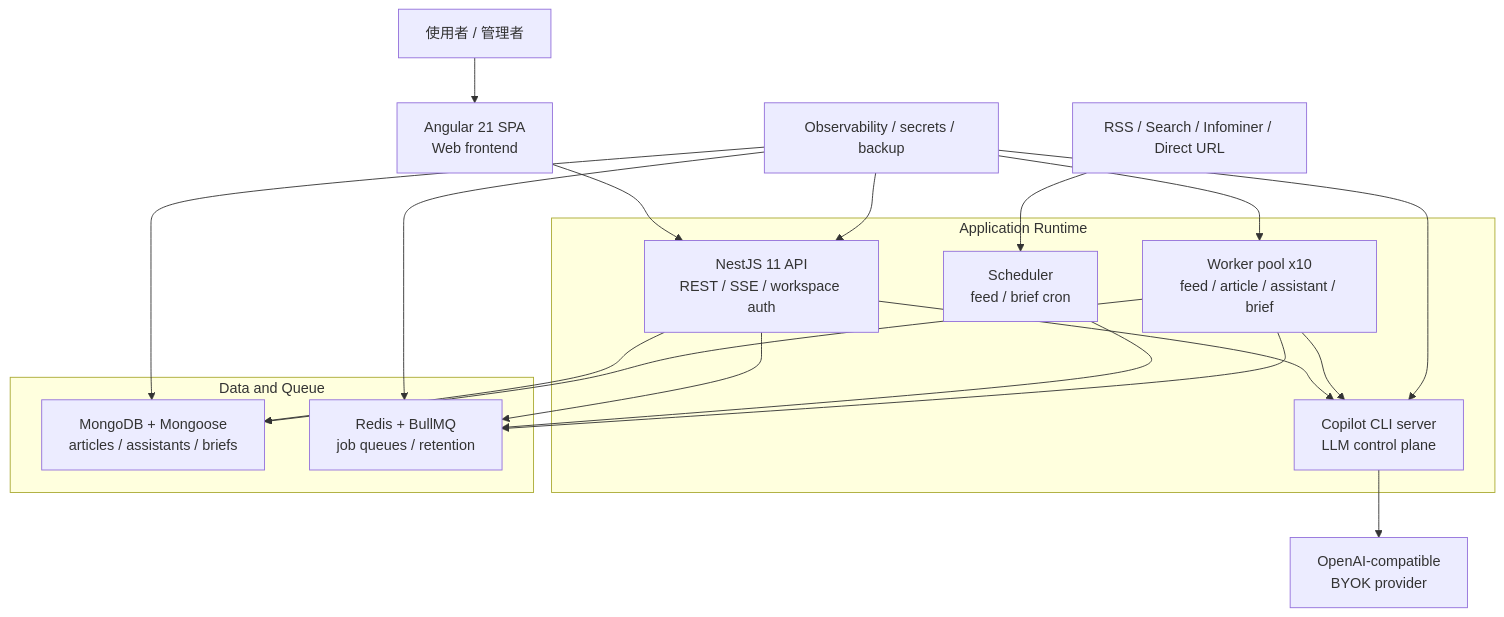
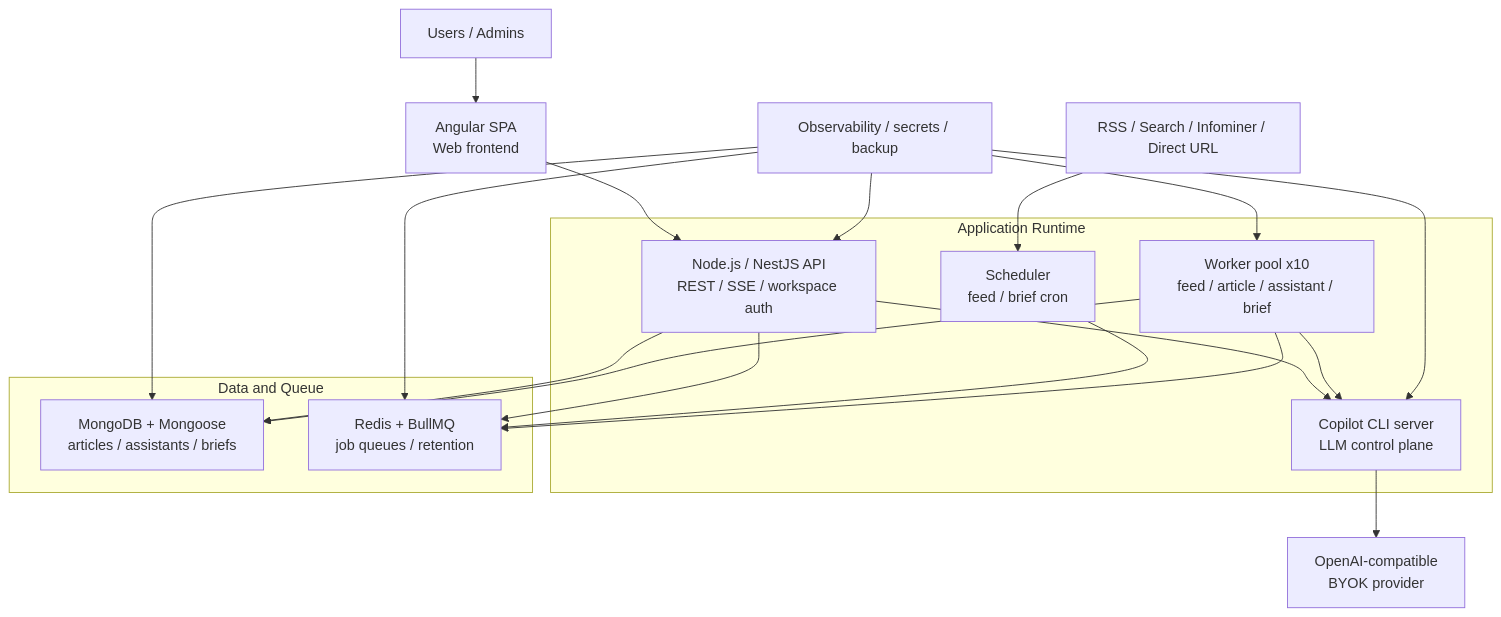
One commit to chunkai1312/temp changed the second of 17 diagrams in production-resource-architecture-proposal.md. Above: the diagram before and after it, drawn with Mermaid. The commit also changed other lines of this file, not shown here.

````diff
--- a/production-resource-architecture-proposal.md
+++ b/production-resource-architecture-proposal.md
@@ -78,32 +78,32 @@
 ```mermaid
 flowchart TB
-  USERS["使用者 / 管理者"] --> WEB["Angular 21 SPA\nWeb frontend"]
-  WEB --> API["NestJS 11 API\nREST / SSE / workspace auth"]
+  USERS["Users / Admins"] --> WEB["Angular SPA\nWeb frontend"]
+  WEB --> API["Node.js / NestJS API\nREST / SSE / workspace auth"]
 
   subgraph APP["Application Runtime"]
     API
     SCHED["Scheduler\nfeed / brief cron"]
     WORKERS["Worker pool x10\nfeed / article / assistant / brief"]
     CLI["Copilot CLI server\nLLM control plane"]
   end
 
   subgraph DATA["Data and Queue"]
     MONGO["MongoDB + Mongoose\narticles / assistants / briefs"]
     REDIS["Redis + BullMQ\njob queues / retention"]
   end
 
   SOURCES["RSS / Search / Infominer / Direct URL"] --> SCHED
   API --> MONGO
   API --> REDIS
   API --> CLI
   SCHED --> REDIS
   WORKERS --> REDIS
   WORKERS --> MONGO
   WORKERS --> CLI
   CLI --> LLM["OpenAI-compatible\nBYOK provider"]
   OPS["Observability / secrets / backup"] --> API
   OPS --> WORKERS
   OPS --> CLI
   OPS --> MONGO
   OPS --> REDIS
 ```
````
